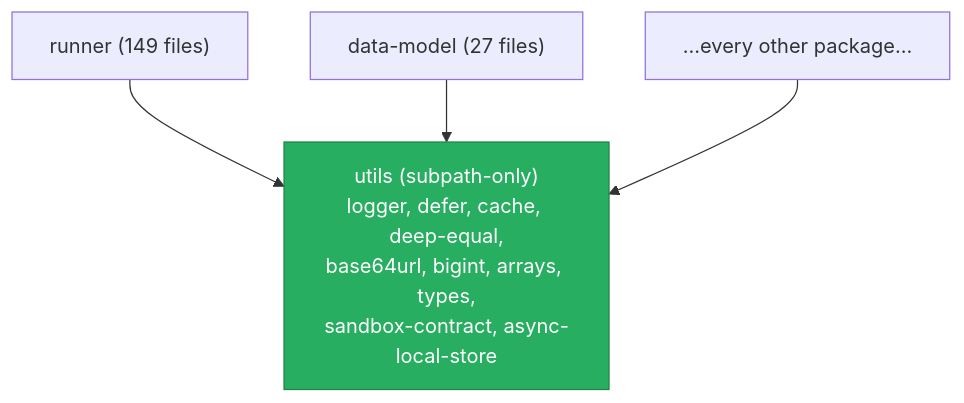
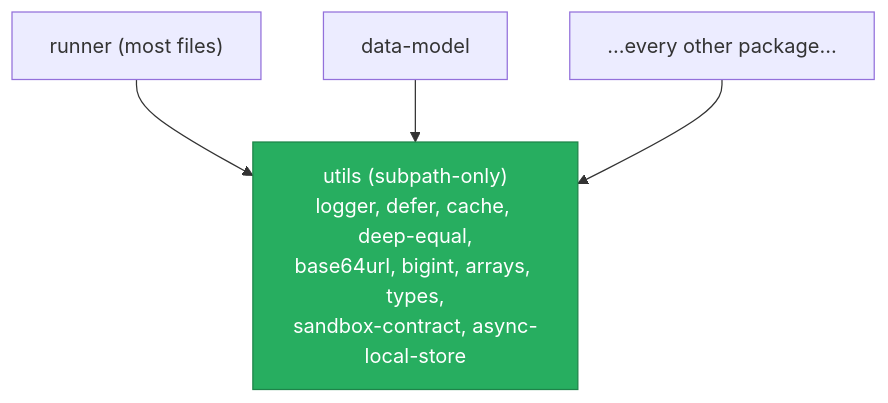
One commit to commontoolsinc/labs changed the first of 5 diagrams in docs/development/orientation/tooling-and-patterns.md. Above: the diagram before and after it, drawn with Mermaid. The commit also changed other lines of this file and 8 other files, not shown here.

````diff
--- a/docs/development/orientation/tooling-and-patterns.md
+++ b/docs/development/orientation/tooling-and-patterns.md
@@ -17,12 +17,12 @@
 ```mermaid
 flowchart TB
     classDef leaf fill:#27ae60,stroke:#1e8449,color:#fff
     utils["utils (subpath-only)<br/>logger, defer, cache, deep-equal,<br/>base64url, bigint, arrays, types,<br/>sandbox-contract, async-local-store"]:::leaf
-    runner["runner (149 files)"]
-    datamodel["data-model (27 files)"]
+    runner["runner (most files)"]
+    datamodel["data-model"]
     others["…every other package…"]
 
     runner --> utils
     datamodel --> utils
     others --> utils
 ```
````
